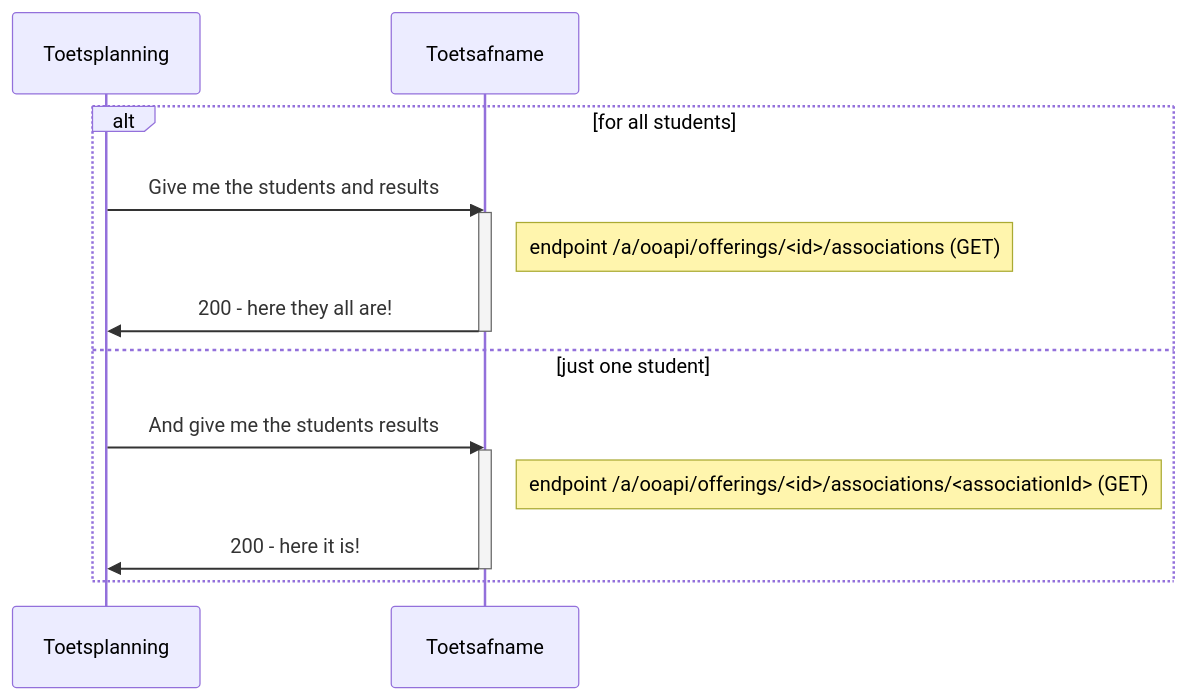
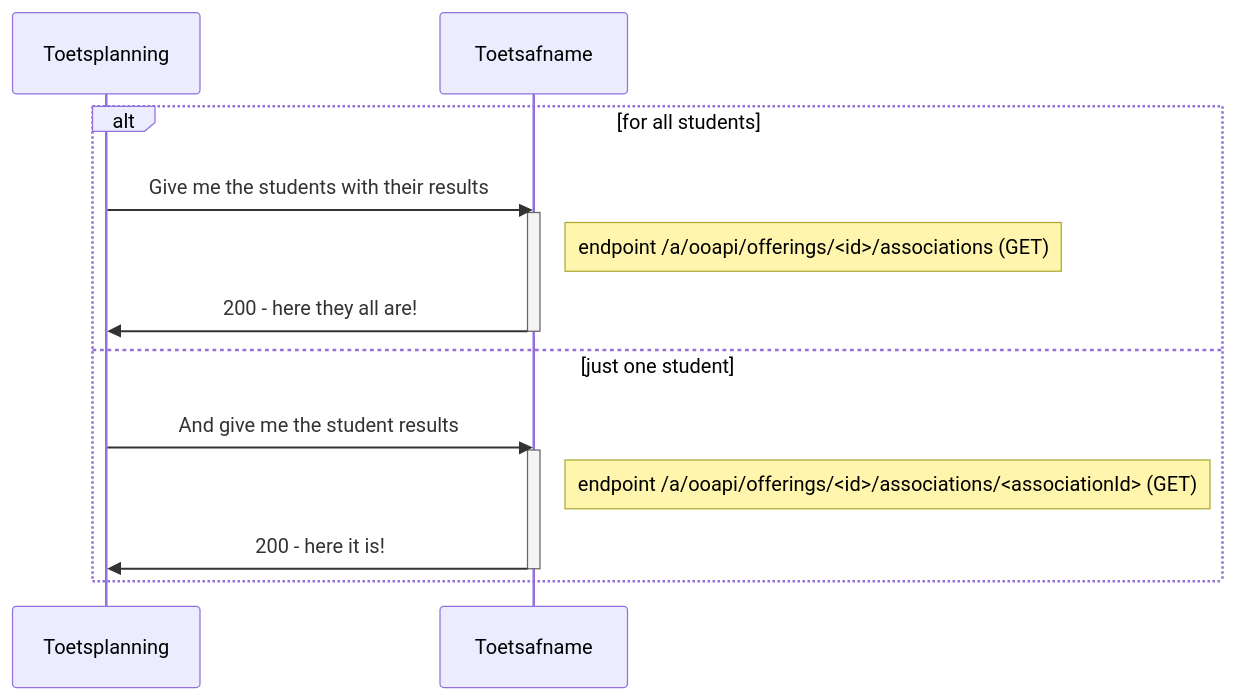
Before and after one commit to NetwerkExamineringDigitalisering/NED-OOAPI: the fourth of 4 diagrams in doc/diagrams/flow3.md, drawn with Mermaid. The commit also changed other lines of this file, not shown here.

````diff
--- a/doc/diagrams/flow3.md
+++ b/doc/diagrams/flow3.md
@@ -126,16 +128,16 @@
 ```mermaid
 sequenceDiagram
     alt for all students
-        Toetsplanning->>Toetsafname: Give me the students and results
+        Toetsplanning->>Toetsafname: Give me the students with their results
         activate Toetsafname
         Note right of Toetsafname: endpoint /a/ooapi/offerings/<id>/associations (GET)
         Toetsafname->>Toetsplanning: 200 - here they all are!
         deactivate Toetsafname
     else just one student
-        Toetsplanning->>Toetsafname: And give me the students results
+        Toetsplanning->>Toetsafname: And give me the student results
         activate Toetsafname
         Note right of Toetsafname: endpoint /a/ooapi/offerings/<id>/associations/<associationId> (GET)
         Toetsafname->>Toetsplanning: 200 - here it is!
         deactivate Toetsafname
     end
 ```
````
